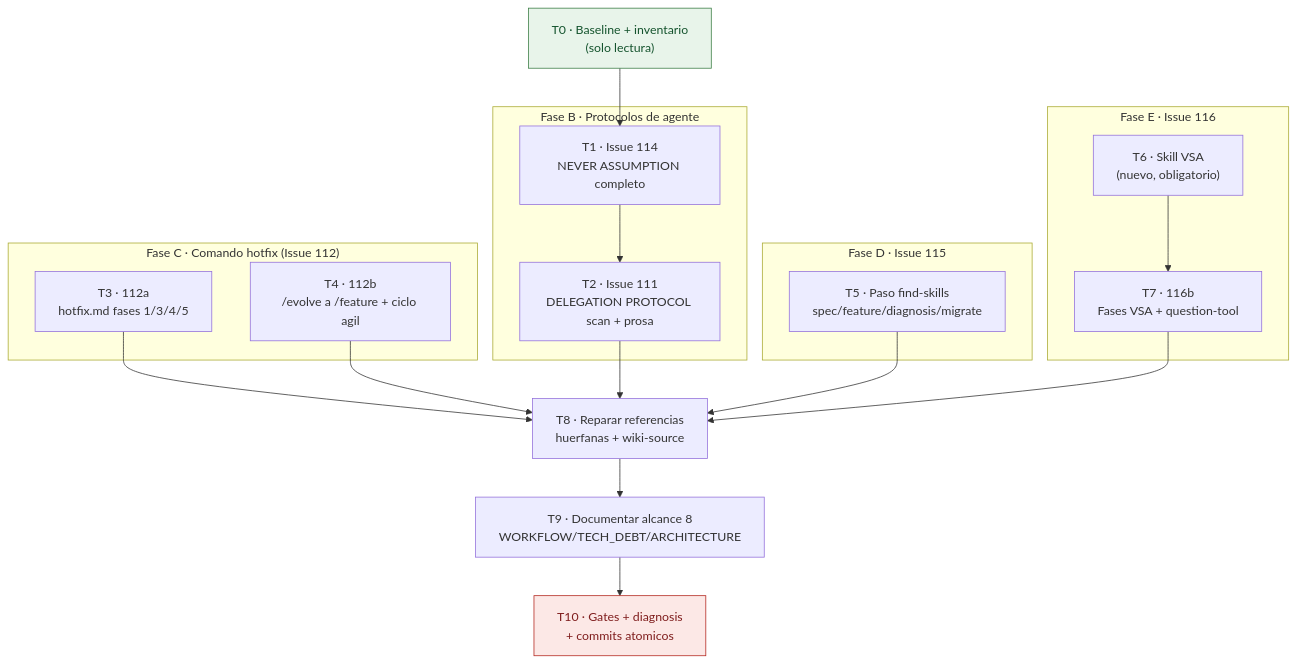
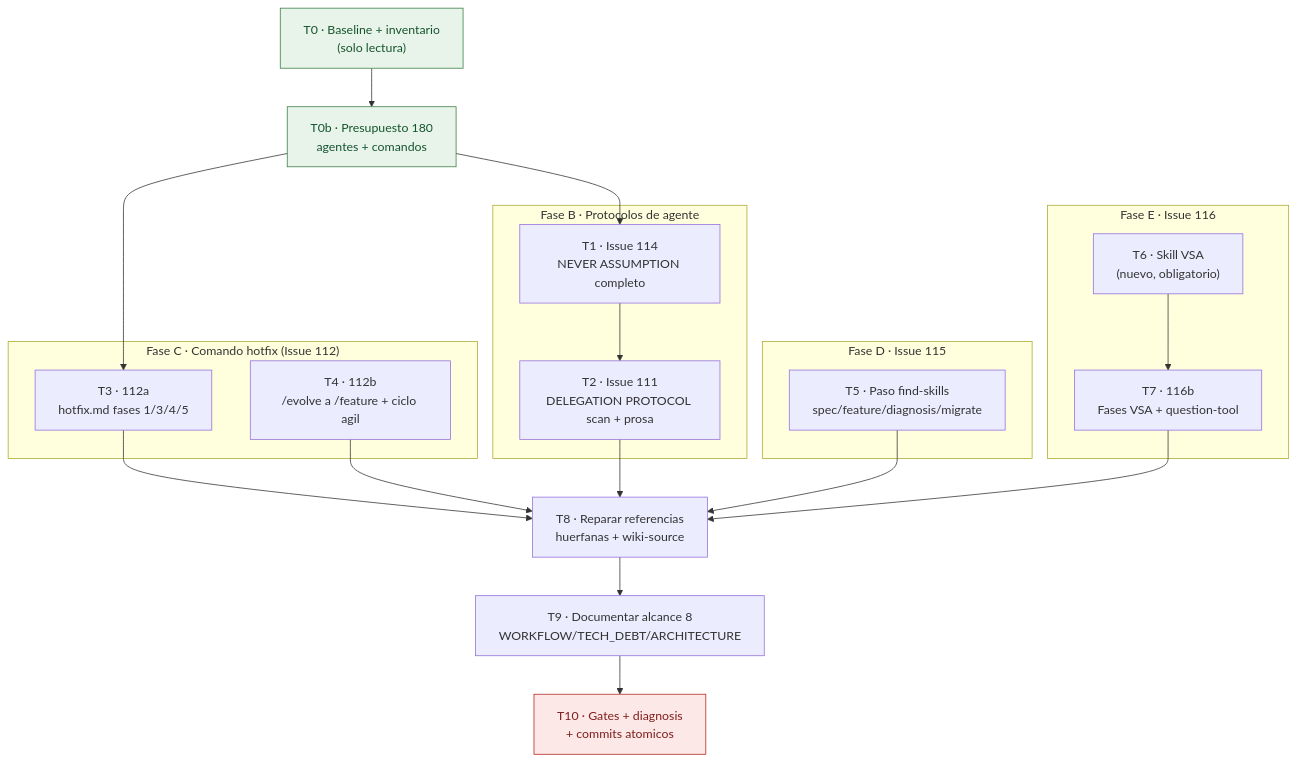
The diagram in tasks/plan.md (Fisherk2/codice-opencode), drawn with Mermaid before and after one commit. The commit also changed other lines of this file and 1 other file, not shown here.

````diff
--- a/tasks/plan.md
+++ b/tasks/plan.md
@@ -81,46 +82,49 @@
 ```mermaid
 flowchart TD
     accTitle: Grafo de dependencias de FEV-31
-    accDescr: Diez tareas encadenadas en ocho fases. T1 precede a T2 porque comparten los seis archivos de agente; T6 precede a T7 porque los comandos referencian el skill VSA; T8, T9 y T10 cierran en cadena porque cada una observa el arbol ya reparado.
+    accDescr: Once tareas encadenadas en ocho fases. T0b alinea el presupuesto de 180 lineas antes de que T1 a T7 crezcan los prompts. T1 precede a T2 porque comparten los seis archivos de agente; T6 precede a T7 porque los comandos referencian el skill VSA; T8, T9 y T10 cierran en cadena porque cada una observa el arbol ya reparado.
 
     T0["T0 · Baseline + inventario<br/>(solo lectura)"]
+    T0b["T0b · Presupuesto 180<br/>agentes + comandos"]
 
     subgraph FB["Fase B · Protocolos de agente"]
         T1["T1 · Issue 114<br/>NEVER ASSUMPTION completo"]
         T2["T2 · Issue 111<br/>DELEGATION PROTOCOL scan + prosa"]
     end
 
     subgraph FC["Fase C · Comando hotfix (Issue 112)"]
         T3["T3 · 112a<br/>hotfix.md fases 1/3/4/5"]
         T4["T4 · 112b<br/>/evolve a /feature + ciclo agil"]
     end
 
     subgraph FD["Fase D · Issue 115"]
         T5["T5 · Paso find-skills<br/>spec/feature/diagnosis/migrate"]
     end
 
     subgraph FE["Fase E · Issue 116"]
         T6["T6 · Skill VSA<br/>(nuevo, obligatorio)"]
         T7["T7 · 116b<br/>Fases VSA + question-tool"]
     end
 
     T8["T8 · Reparar referencias<br/>huerfanas + wiki-source"]
     T9["T9 · Documentar alcance 8<br/>WORKFLOW/TECH_DEBT/ARCHITECTURE"]
     T10["T10 · Gates + diagnosis<br/>+ commits atomicos"]
 
-    T0 --> T1
+    T0 --> T0b
+    T0b --> T1
+    T0b --> T3
     T1 --> T2
     T3 --> T8
     T4 --> T8
     T2 --> T8
     T5 --> T8
     T6 --> T7
     T7 --> T8
     T8 --> T9
     T9 --> T10
 
     classDef gate fill:#e8f4ea,stroke:#3a7d44,color:#14532d
     classDef cierre fill:#fce8e6,stroke:#b3261e,color:#7f1d1d
-    class T0 gate
+    class T0,T0b gate
     class T10 cierre
 ```
````
